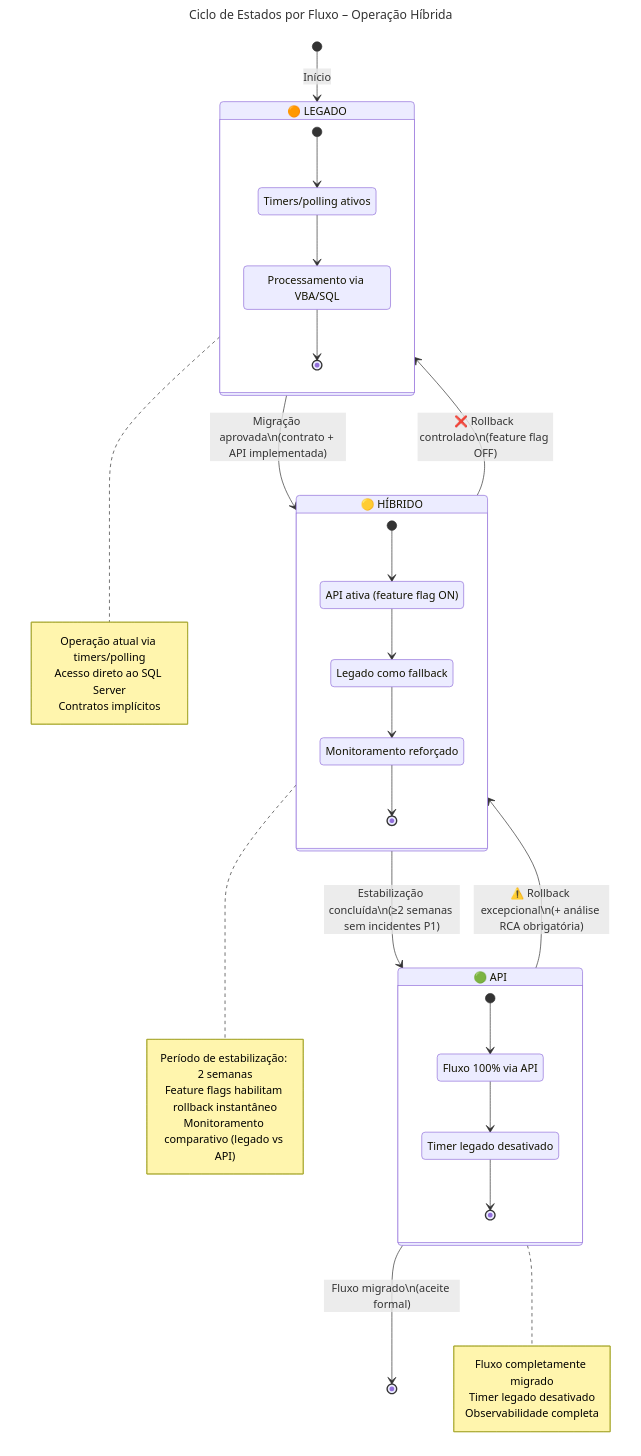
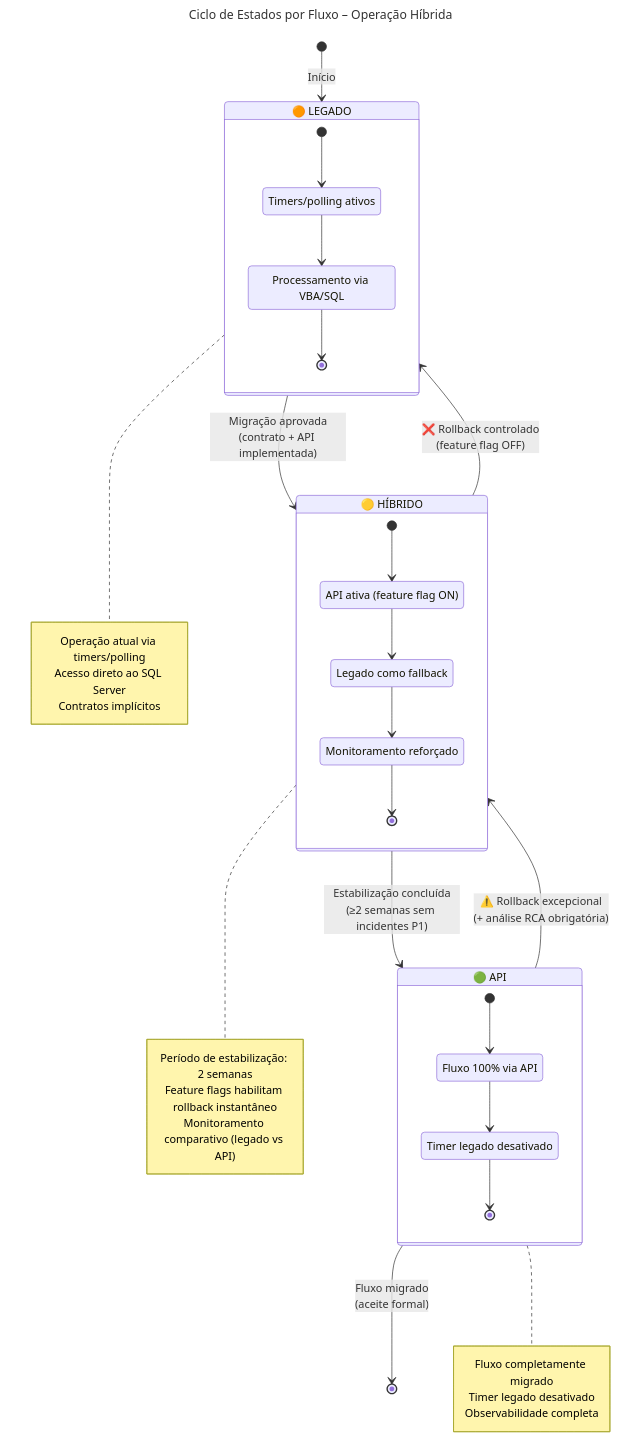
One commit to Evilazaro/Azure-LogicApps-Monitoring changed the sixth of 9 diagrams in docs/planoProjetoModernizacao.md. Above: the diagram before and after it, drawn with Mermaid. The commit also changed other lines of this file, not shown here.

First line of the commit message:
Refactor diagram text for improved formatting

````diff
--- a/docs/planoProjetoModernizacao.md
+++ b/docs/planoProjetoModernizacao.md
@@ -759,81 +808,81 @@
 ```mermaid
 ---
 title: "Ciclo de Estados por Fluxo – Operação Híbrida"
 ---
 stateDiagram-v2
     %% ═══════════════════════════════════════════════════════════════
     %% DIAGRAMA DE ESTADOS: Ciclo de migração por fluxo
     %% PROPÓSITO: Documentar os estados de cada fluxo durante a
     %%            migração e as transições permitidas entre eles
     %% PADRÃO: Strangler Pattern (migração incremental)
     %% ═══════════════════════════════════════════════════════════════
 
     %% ───────────────────────────────────────────────────────────────
     %% DEFINIÇÃO DOS ESTADOS
     %% ───────────────────────────────────────────────────────────────
     [*] --> Legado: Início
 
     state "🟠 LEGADO" as Legado {
         [*] --> timer_ativo
         timer_ativo: Timers/polling ativos
         timer_ativo --> processando
         processando: Processamento via VBA/SQL
         processando --> [*]
     }
 
     state "🟡 HÍBRIDO" as Hibrido {
         [*] --> api_ativa
         api_ativa: API ativa (feature flag ON)
         api_ativa --> fallback_disponivel
         fallback_disponivel: Legado como fallback
         fallback_disponivel --> monitoramento
         monitoramento: Monitoramento reforçado
         monitoramento --> [*]
     }
 
     state "🟢 API" as API {
         [*] --> api_exclusiva
         api_exclusiva: Fluxo 100% via API
         api_exclusiva --> timer_desativado
         timer_desativado: Timer legado desativado
         timer_desativado --> [*]
     }
 
     %% ───────────────────────────────────────────────────────────────
     %% TRANSIÇÕES DE AVANÇO (caminho feliz)
     %% ───────────────────────────────────────────────────────────────
-    Legado --> Hibrido: Migração aprovada\n(contrato + API implementada)
-    Hibrido --> API: Estabilização concluída\n(≥2 semanas sem incidentes P1)
+    Legado --> Hibrido: Migração aprovada<br>(contrato + API implementada)
+    Hibrido --> API: Estabilização concluída<br>(≥2 semanas sem incidentes P1)
 
     %% ───────────────────────────────────────────────────────────────
     %% TRANSIÇÕES DE ROLLBACK (caminho de contingência)
     %% ───────────────────────────────────────────────────────────────
-    Hibrido --> Legado: ❌ Rollback controlado\n(feature flag OFF)
-    API --> Hibrido: ⚠️ Rollback excepcional\n(+ análise RCA obrigatória)
+    Hibrido --> Legado: ❌ Rollback controlado<br>(feature flag OFF)
+    API --> Hibrido: ⚠️ Rollback excepcional<br>(+ análise RCA obrigatória)
 
     %% ───────────────────────────────────────────────────────────────
     %% ESTADO FINAL (migração completa)
     %% ───────────────────────────────────────────────────────────────
-    API --> [*]: Fluxo migrado\n(aceite formal)
+    API --> [*]: Fluxo migrado<br>(aceite formal)
 
     %% ───────────────────────────────────────────────────────────────
     %% NOTAS EXPLICATIVAS
     %% ───────────────────────────────────────────────────────────────
     note right of Legado
         Operação atual via timers/polling
         Acesso direto ao SQL Server
         Contratos implícitos
     end note
 
     note right of Hibrido
         Período de estabilização: 2 semanas
         Feature flags habilitam rollback instantâneo
         Monitoramento comparativo (legado vs API)
     end note
 
     note right of API
         Fluxo completamente migrado
         Timer legado desativado
         Observabilidade completa
     end note
 ```
````
